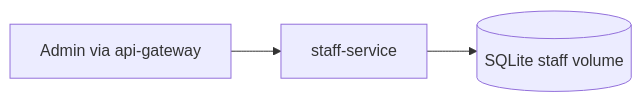
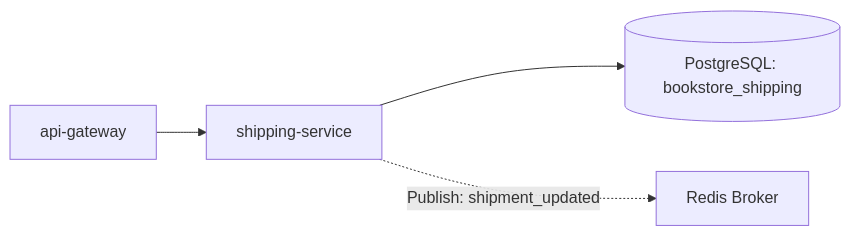
The ninth of 11 diagrams in bookstore-microservice/docs/architecture/architecture.md (lamlocan5/Software_Architecture_And_Design_PTIT), drawn with Mermaid before and after one commit. The commit also changed other lines of this file and 396 other files, not shown here.

````diff
--- a/bookstore-microservice/docs/architecture/architecture.md
+++ b/bookstore-microservice/docs/architecture/architecture.md
@@ -122,6 +167,7 @@
 ```mermaid
 flowchart LR
-  admin[Admin via api-gateway] --> staff[staff-service]
-  staffDb[(SQLite staff volume)]
-  staff --> staffDb
+  bff[api-gateway] --> shipSvc[shipping-service]
+  shipDb[(PostgreSQL: bookstore_shipping)]
+  shipSvc --> shipDb
+  shipSvc -. "Publish: shipment_updated" .-> redis[Redis Broker]
 ```
````
